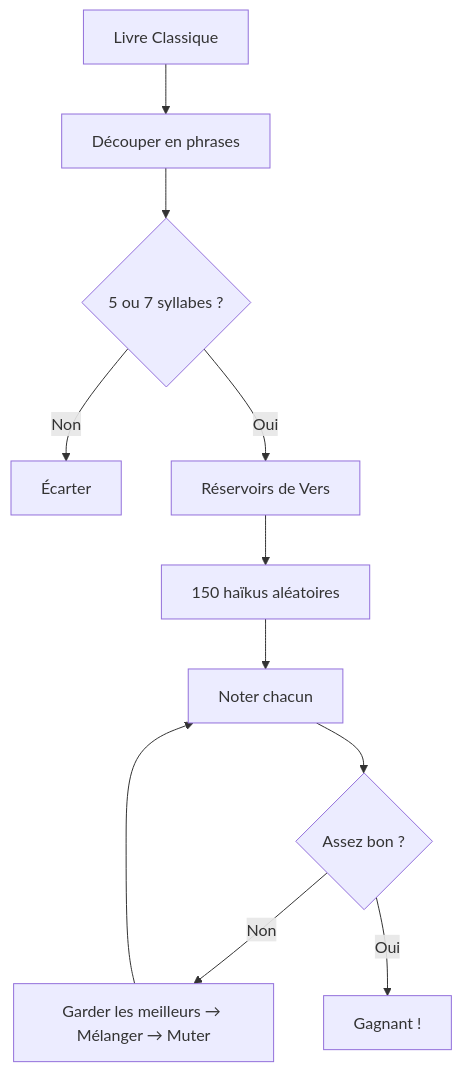
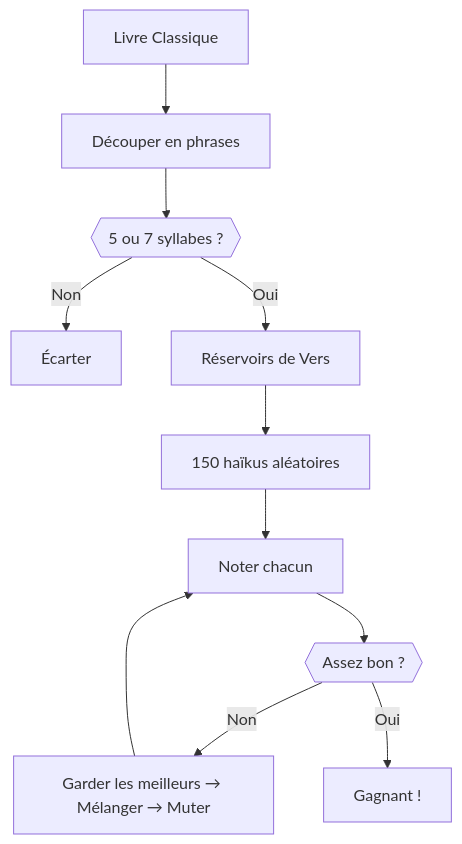
Before and after one commit to heristop/gutenku: the first of 2 diagrams in packages/front/content/2026-01-18-gutenku-technical-deep-dive.fr.md, drawn with Mermaid. The commit also changed other lines of this file and 66654 other files, not shown here.

````diff
--- a/packages/front/content/2026-01-18-gutenku-technical-deep-dive.fr.md
+++ b/packages/front/content/2026-01-18-gutenku-technical-deep-dive.fr.md
@@ -21,13 +21,13 @@
 ```mermaid
 flowchart TD
     A["Livre Classique"] --> B["Découper en phrases"]
-    B --> C{"5 ou 7 syllabes ?"}
+    B --> C{{"5 ou 7 syllabes ?"}}
     C -->|Non| X["Écarter"]
     C -->|Oui| D["Réservoirs de Vers"]
     D --> E["150 haïkus aléatoires"]
     E --> F["Noter chacun"]
-    F --> G{"Assez bon ?"}
+    F --> G{{"Assez bon ?"}}
     G -->|Non| H["Garder les meilleurs → Mélanger → Muter"]
     H --> F
-    G -->|Oui| I["Gagnant !"]
+    G -->|Oui| I["Gagnant !"]:::verdict
 ```
````
